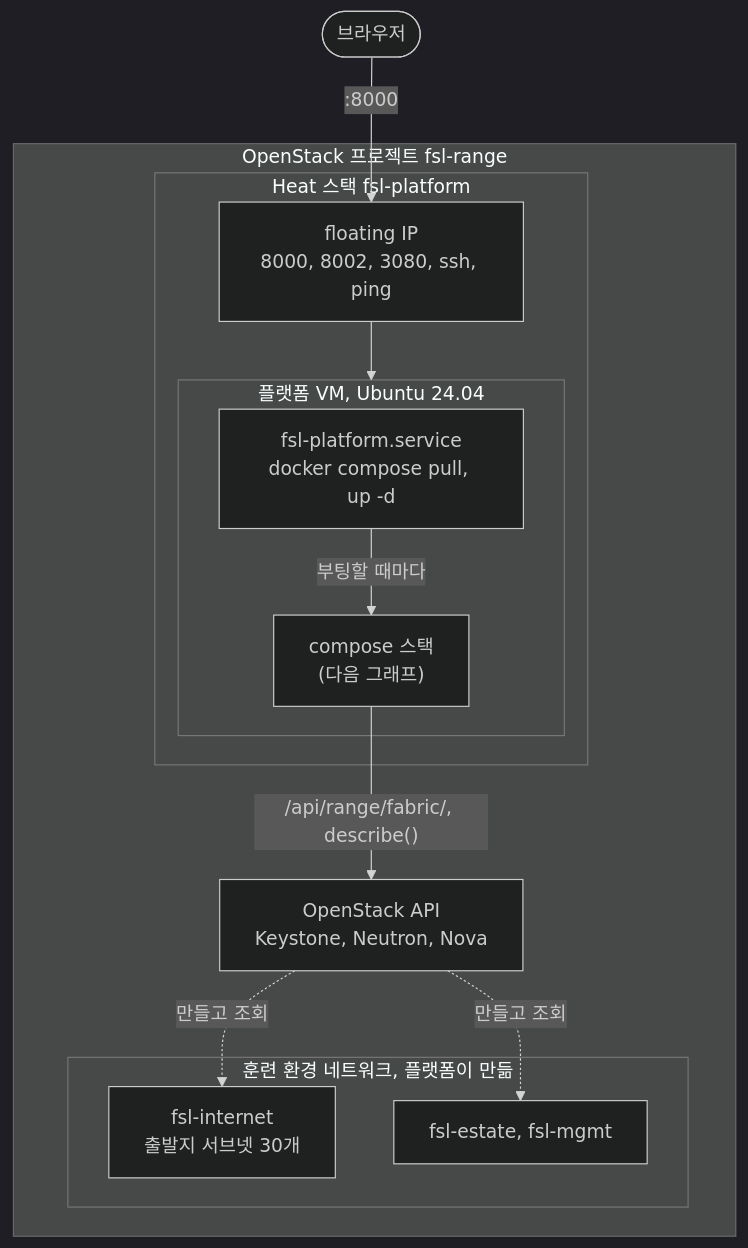
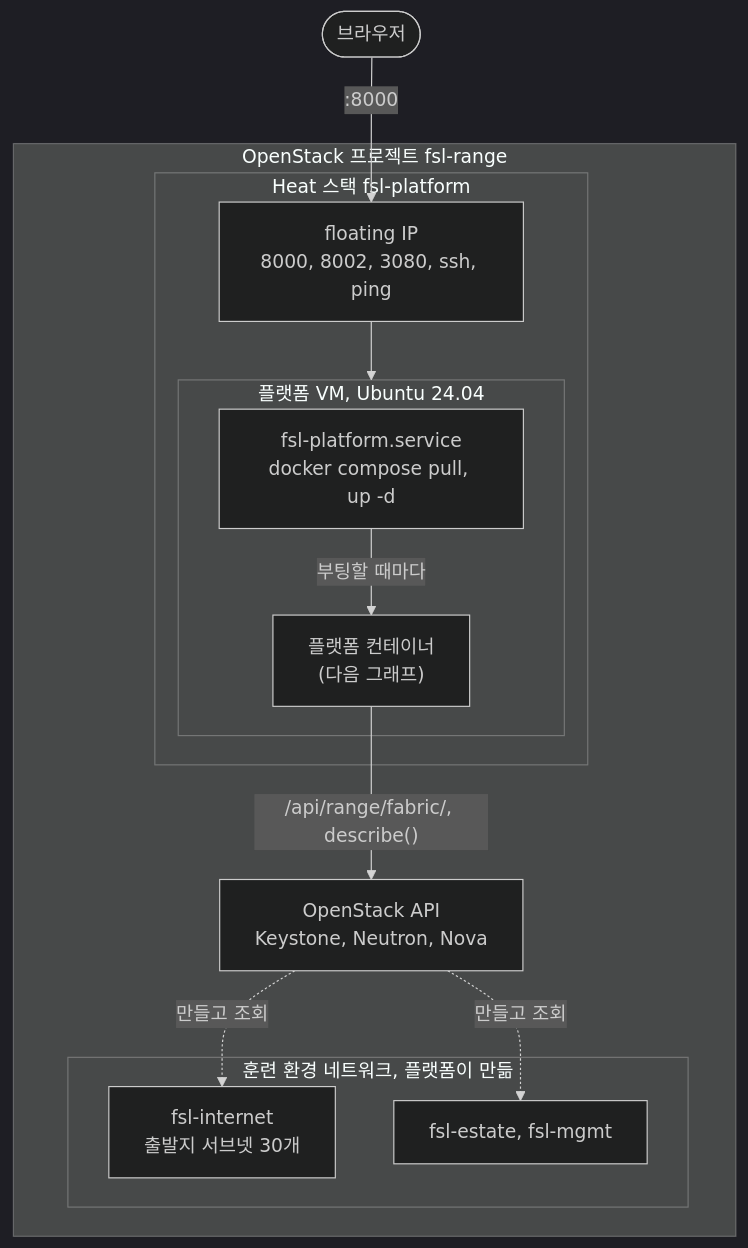
One commit to Nekonic/fsl-project-mvp changed the first of 2 diagrams in README.ko.md. Above: the diagram before and after it, drawn with Mermaid (dark theme). The commit also changed other lines of this file and 4 other files, not shown here.

````diff
--- a/README.ko.md
+++ b/README.ko.md
@@ -28,26 +233,26 @@
 ```mermaid
 flowchart TB
   person(["브라우저"])
 
   subgraph cloud["OpenStack 프로젝트 fsl-range"]
     api["OpenStack API<br/>Keystone, Neutron, Nova"]
     subgraph heat["Heat 스택 fsl-platform"]
       fip["floating IP<br/>8000, 8002, 3080, ssh, ping"]
       subgraph vm["플랫폼 VM, Ubuntu 24.04"]
         unit["fsl-platform.service<br/>docker compose pull, up -d"]
-        stack["compose 스택<br/>(다음 그래프)"]
+        stack["플랫폼 컨테이너<br/>(다음 그래프)"]
       end
     end
     subgraph fabric_box["훈련 환경 네트워크, 플랫폼이 만듦"]
       internet["fsl-internet<br/>출발지 서브넷 30개"]
       inside["fsl-estate, fsl-mgmt"]
     end
   end
 
   person -->|":8000"| fip
   fip --> vm
   unit -->|"부팅할 때마다"| stack
   stack -->|"/api/range/fabric/, describe()"| api
   api -.->|만들고 조회| internet
   api -.->|만들고 조회| inside
 ```
````
